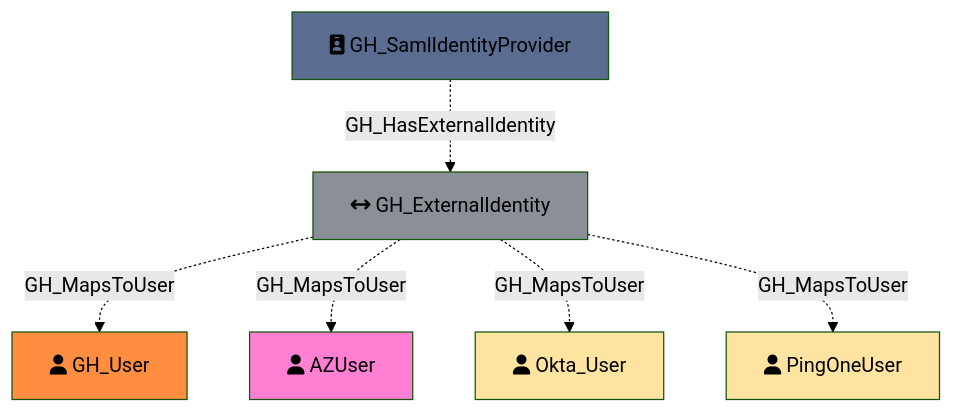
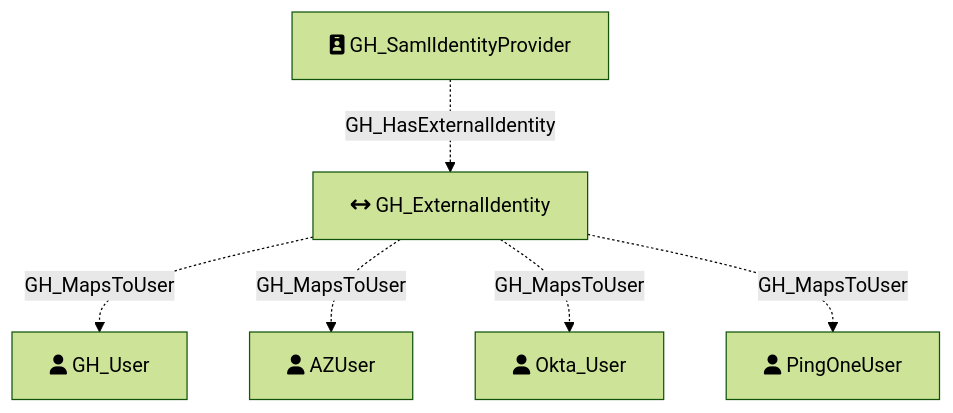
One commit to SpecterOps/GitHound changed the diagram in Documentation/NodeDescriptions/GH_ExternalIdentity.md. Above: the diagram before and after it, drawn with Mermaid (forest theme). The commit also changed 23 other files, not shown here.

Commit message:
rm mermaid box colors

````diff
--- a/Documentation/NodeDescriptions/GH_ExternalIdentity.md
+++ b/Documentation/NodeDescriptions/GH_ExternalIdentity.md
@@ -44,22 +44,16 @@
 ```mermaid
 flowchart TD
     GH_SamlIdentityProvider[fa:fa-id-badge GH_SamlIdentityProvider]
     GH_ExternalIdentity[fa:fa-arrows-left-right GH_ExternalIdentity]
     GH_User[fa:fa-user GH_User]
     AZUser[fa:fa-user AZUser]
     Okta_User[fa:fa-user Okta_User]
     PingOneUser[fa:fa-user PingOneUser]
 
-    style GH_SamlIdentityProvider fill:#5A6C8F
-    style GH_ExternalIdentity fill:#8A8F98
-    style GH_User fill:#FF8E40
-    style AZUser fill:#FF80D2
-    style Okta_User fill:#FFE4A1
-    style PingOneUser fill:#FFE4A1
 
     GH_SamlIdentityProvider -.->|GH_HasExternalIdentity| GH_ExternalIdentity
     GH_ExternalIdentity -.->|GH_MapsToUser| GH_User
     GH_ExternalIdentity -.->|GH_MapsToUser| AZUser
     GH_ExternalIdentity -.->|GH_MapsToUser| Okta_User
     GH_ExternalIdentity -.->|GH_MapsToUser| PingOneUser
 ```
````
